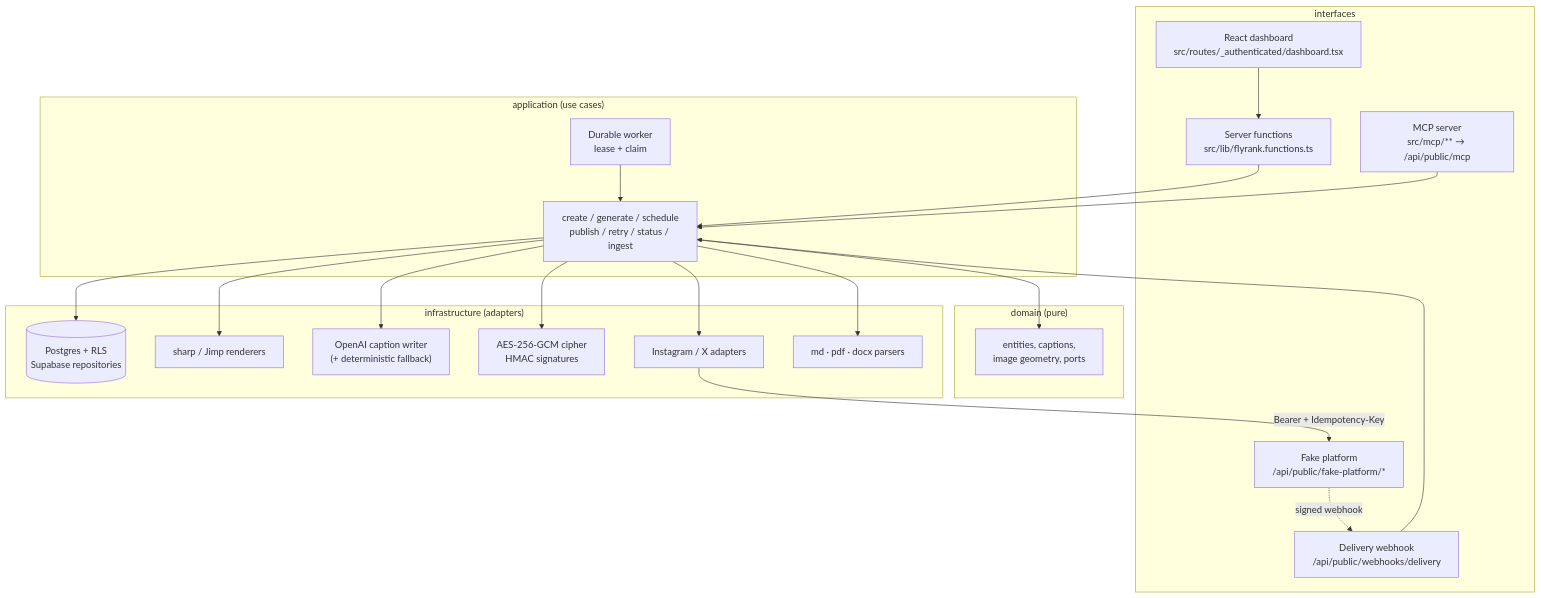
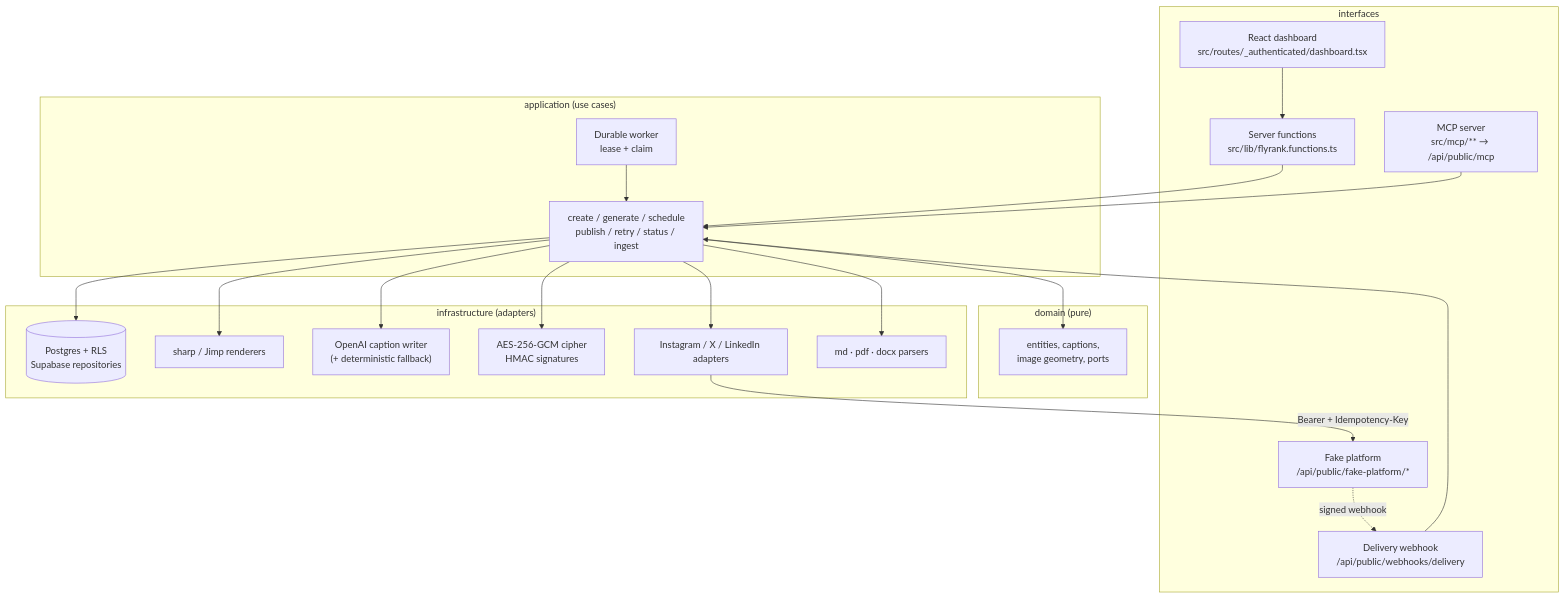
The diagram in README.md (Sudeozubek/flyrank-capstone-social-studio), drawn with Mermaid before and after one commit. The commit also changed other lines of this file and 6 other files, not shown here.

````diff
--- a/README.md
+++ b/README.md
@@ -60,33 +60,33 @@
 ```mermaid
 flowchart TB
   subgraph interfaces["interfaces"]
     UI["React dashboard<br/>src/routes/_authenticated/dashboard.tsx"]
     FN["Server functions<br/>src/lib/flyrank.functions.ts"]
     MCP["MCP server<br/>src/mcp/** → /api/public/mcp"]
     FAKE["Fake platform<br/>/api/public/fake-platform/*"]
     HOOK["Delivery webhook<br/>/api/public/webhooks/delivery"]
   end
   subgraph application["application (use cases)"]
     UC["create / generate / schedule<br/>publish / retry / status / ingest"]
     WORKER["Durable worker<br/>lease + claim"]
   end
   subgraph domain["domain (pure)"]
     ENT["entities, captions,<br/>image geometry, ports"]
   end
   subgraph infra["infrastructure (adapters)"]
     DB[("Postgres + RLS<br/>Supabase repositories")]
     IMG["sharp / Jimp renderers"]
     AI["OpenAI caption writer<br/>(+ deterministic fallback)"]
     CRY["AES-256-GCM cipher<br/>HMAC signatures"]
-    PUB["Instagram / X adapters"]
+    PUB["Instagram / X / LinkedIn adapters"]
     PARSE["md · pdf · docx parsers"]
   end
 
   UI --> FN --> UC
   MCP --> UC
   WORKER --> UC
   UC --> ENT
   UC --> DB & IMG & AI & CRY & PUB & PARSE
   PUB -->|Bearer + Idempotency-Key| FAKE
   FAKE -.->|signed webhook| HOOK --> UC
 ```
````
